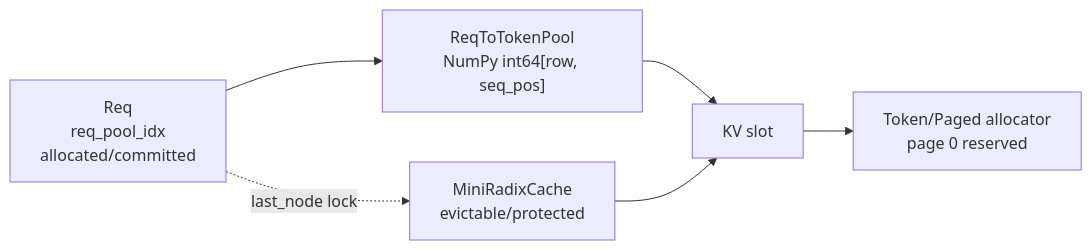
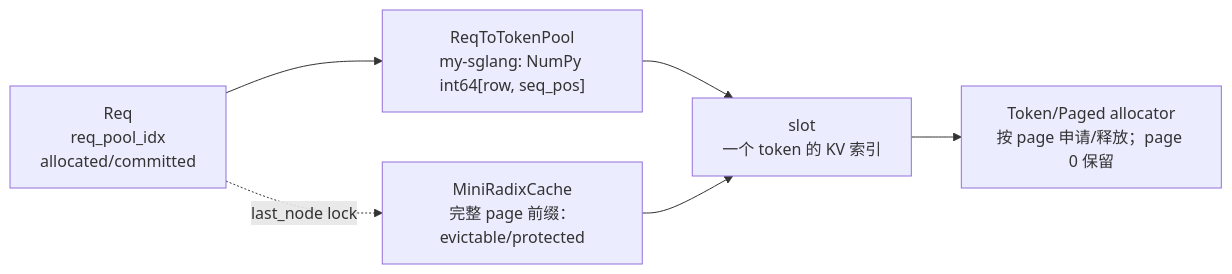
Before and after one commit to stream-iori/sglang: the eighth of 12 diagrams in my-sglang/docs/scheduler-kv-overview.md, drawn with Mermaid. The commit also changed other lines of this file, not shown here.

````diff
--- a/my-sglang/docs/scheduler-kv-overview.md
+++ b/my-sglang/docs/scheduler-kv-overview.md
@@ -41,8 +399,8 @@
 ```mermaid
 flowchart LR
-    Req["Req<br/>req_pool_idx<br/>allocated/committed"] --> Matrix["ReqToTokenPool<br/>NumPy int64[row, seq_pos]"]
-    Matrix --> Slot[KV slot]
-    Slot --> Page["Token/Paged allocator<br/>page 0 reserved"]
-    Radix["MiniRadixCache<br/>evictable/protected"] --> Slot
+    Req["Req<br/>req_pool_idx<br/>allocated/committed"] --> Matrix["ReqToTokenPool<br/>my-sglang: NumPy int64[row, seq_pos]"]
+    Matrix --> Slot["slot<br/>一个 token 的 KV 索引"]
+    Slot --> Page["Token/Paged allocator<br/>按 page 申请/释放；page 0 保留"]
+    Radix["MiniRadixCache<br/>完整 page 前缀：evictable/protected"] --> Slot
     Req -. last_node lock .-> Radix
 ```
````
